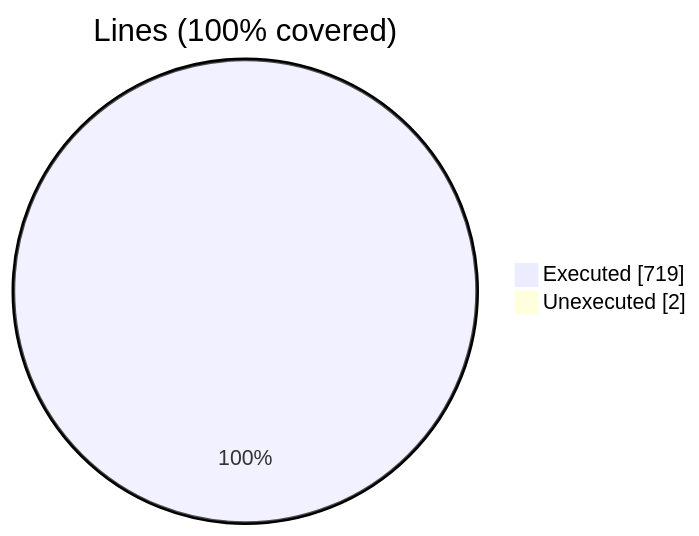
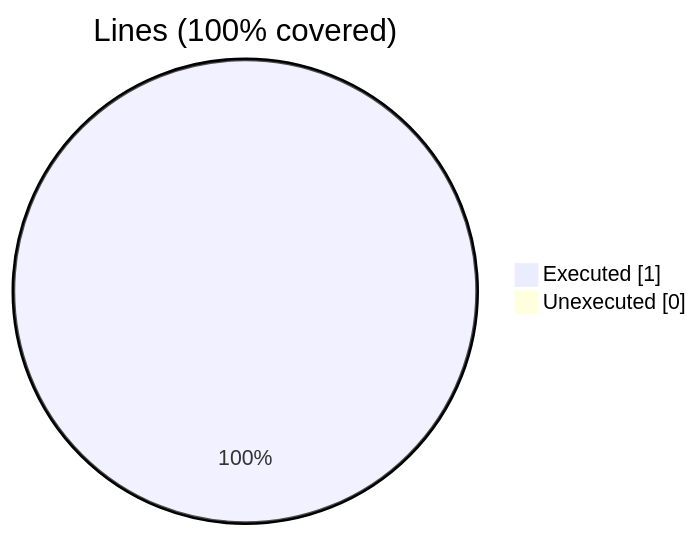
The third of 6 diagrams in docs/guide/coverage-analysis.md (szaghi/VecFor), drawn with Mermaid before and after one commit. The commit also changed other lines of this file and 7 other files, not shown here.

````diff
--- a/docs/guide/coverage-analysis.md
+++ b/docs/guide/coverage-analysis.md
@@ -26,6 +43,6 @@
 ```mermaid
 pie showData
     title Lines (100% covered)
-    "Executed" : 719
-    "Unexecuted" : 2
+    "Executed" : 1
+    "Unexecuted" : 0
 ```
````
